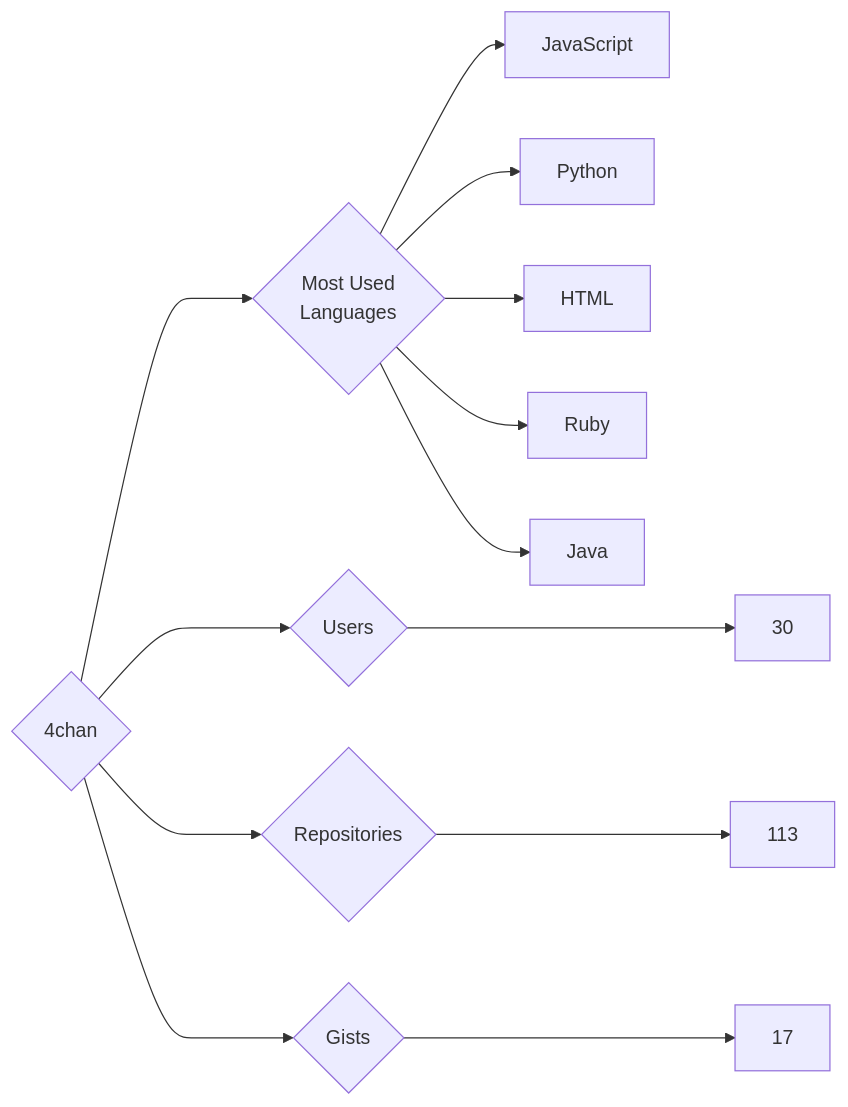
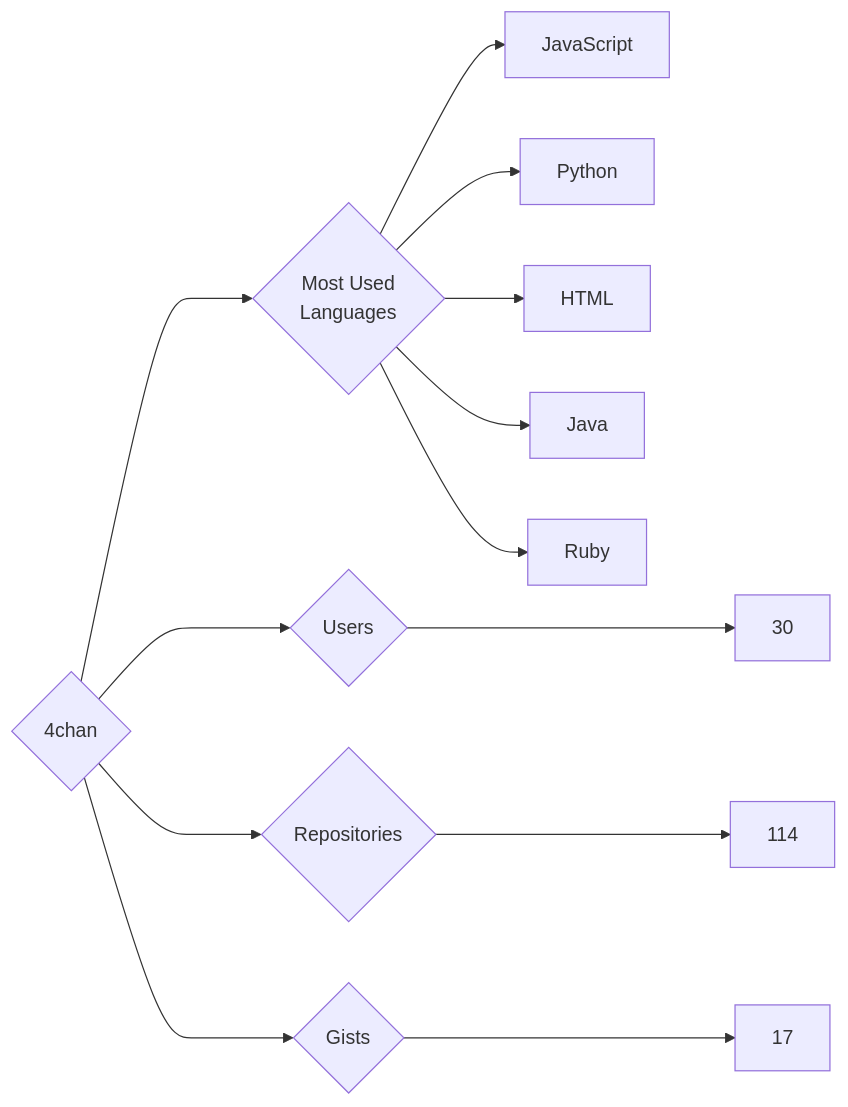
One commit to trickest/insiders changed the diagram in targets/4chan/README.md. Above: the diagram before and after it, drawn with Mermaid. The commit also changed 681 other files, not shown here.

````diff
--- a/targets/4chan/README.md
+++ b/targets/4chan/README.md
@@ -3,13 +3,13 @@
 ```mermaid
 graph LR
 COMPANY_NAME{4chan}
 COMPANY_NAME ---> U{Users} ---> UN[30]
-COMPANY_NAME ---> R{Repositories} ---> RN[113]
+COMPANY_NAME ---> R{Repositories} ---> RN[114]
 COMPANY_NAME ---> G{Gists} ---> GN[17]
 COMPANY_NAME ---> ML{Most Used<br>Languages}
 ML --> JavaScript[JavaScript]
 ML --> Python[Python]
 ML --> HTML[HTML]
+ML --> Java[Java]
 ML --> Ruby[Ruby]
-ML --> Java[Java]
 ```
````
